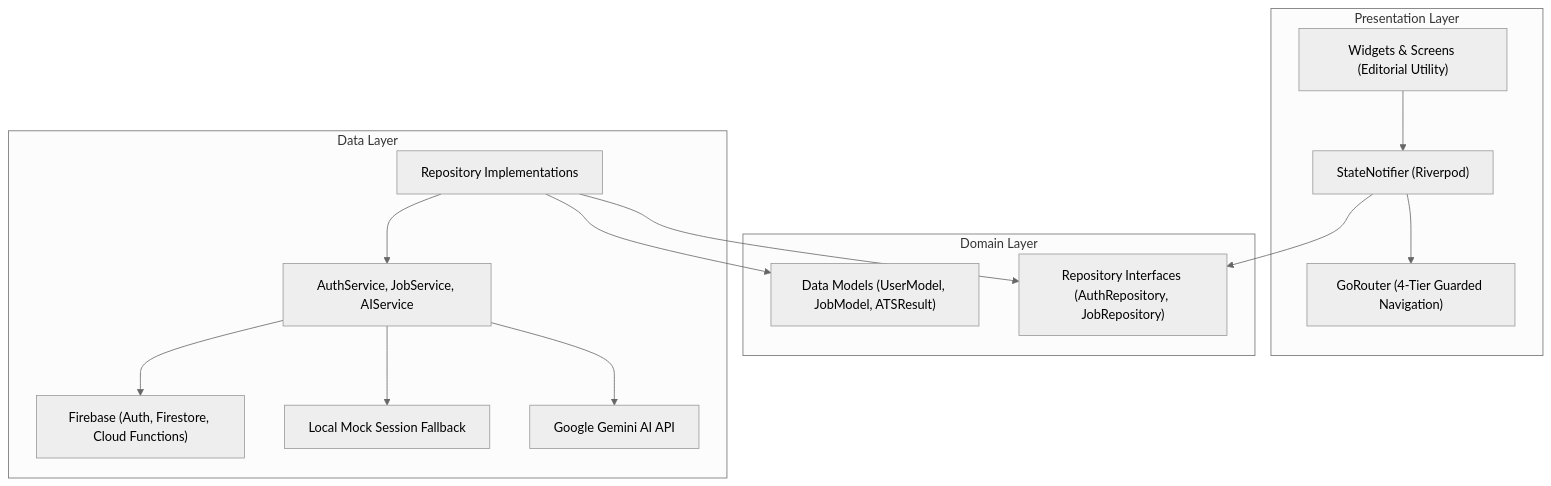
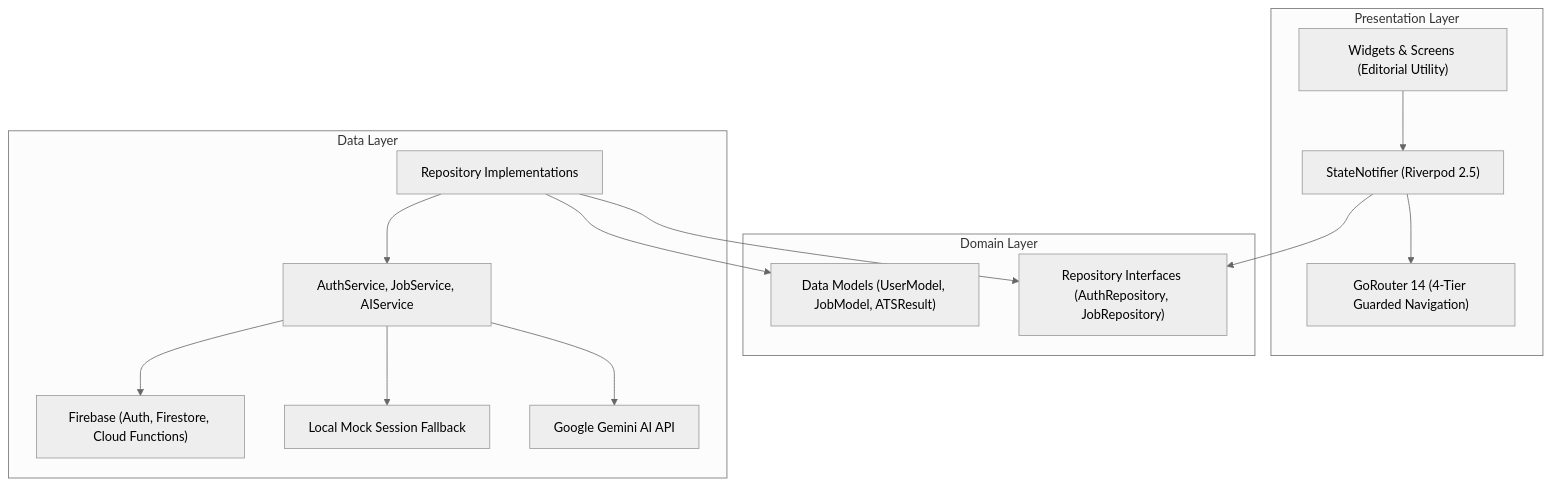
One commit to AmanTyagi-01/CareerSwipeAI changed the diagram in README.md. Above: the diagram before and after it, drawn with Mermaid (neutral theme). The commit also changed other lines of this file and 1 other file, not shown here.

Commit message:
docs: enrich README with custom vector banner, why-careerswipe motivation, and 4-tier security matrix

````diff
--- a/README.md
+++ b/README.md
@@ -273,31 +307,31 @@
 ```mermaid
 graph TD
     subgraph Presentation ["Presentation Layer"]
         UI["Widgets & Screens (Editorial Utility)"]
-        State["StateNotifier (Riverpod)"]
-        Router["GoRouter (4-Tier Guarded Navigation)"]
+        State["StateNotifier (Riverpod 2.5)"]
+        Router["GoRouter 14 (4-Tier Guarded Navigation)"]
     end
 
     subgraph Domain ["Domain Layer"]
         Models["Data Models (UserModel, JobModel, ATSResult)"]
         RepoInterfaces["Repository Interfaces (AuthRepository, JobRepository)"]
     end
 
     subgraph Data ["Data Layer"]
         RepoImpl["Repository Implementations"]
         Services["AuthService, JobService, AIService"]
         Remote["Firebase (Auth, Firestore, Cloud Functions)"]
         Local["Local Mock Session Fallback"]
         AI["Google Gemini AI API"]
     end
 
     UI --> State
     State --> Router
     State --> RepoInterfaces
     RepoImpl --> RepoInterfaces
     RepoImpl --> Services
     Services --> Remote
     Services --> Local
     Services --> AI
     RepoImpl --> Models
 ```
````
